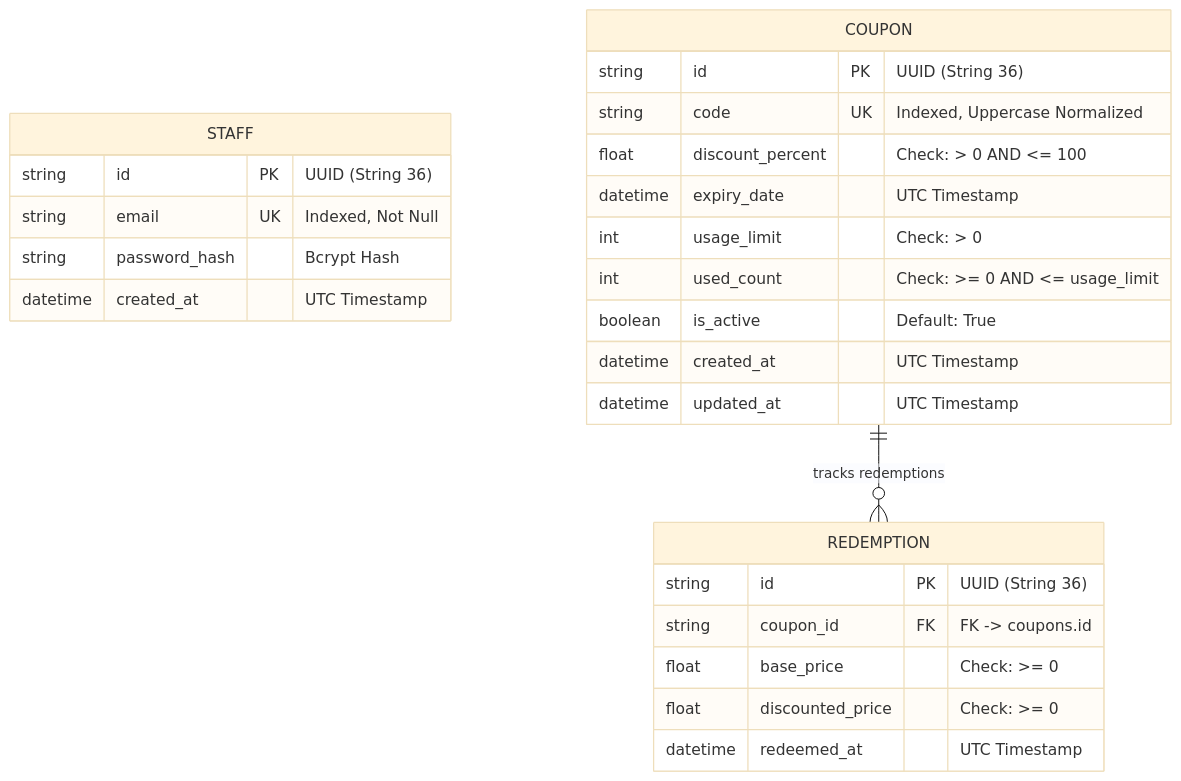
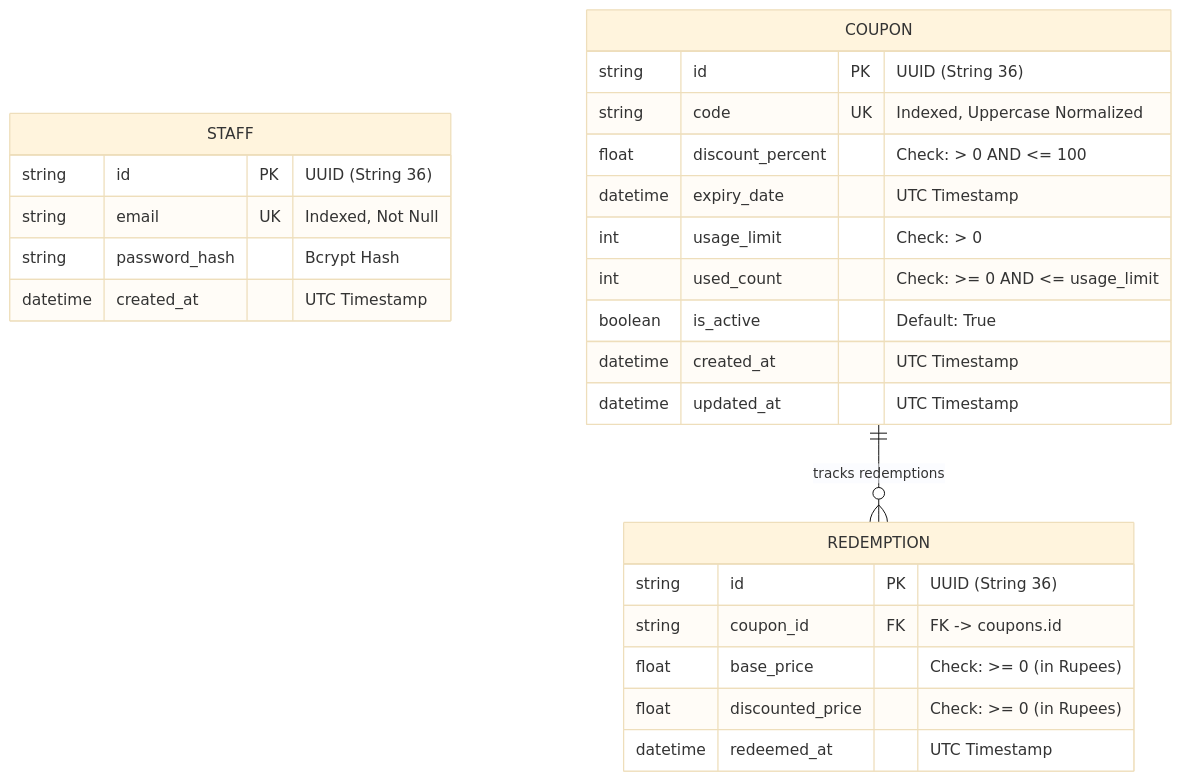
One commit to dharaniathananchayan/coupon-engine changed the diagram in README.md. Above: the diagram before and after it, drawn with Mermaid (base theme). The commit also changed other lines of this file and 15 other files, not shown here.

````diff
--- a/README.md
+++ b/README.md
@@ -32,31 +32,31 @@
 ```mermaid
 erDiagram
     STAFF {
         string id PK "UUID (String 36)"
         string email UK "Indexed, Not Null"
         string password_hash "Bcrypt Hash"
         datetime created_at "UTC Timestamp"
     }
 
     COUPON {
         string id PK "UUID (String 36)"
         string code UK "Indexed, Uppercase Normalized"
         float discount_percent "Check: > 0 AND <= 100"
         datetime expiry_date "UTC Timestamp"
         int usage_limit "Check: > 0"
         int used_count "Check: >= 0 AND <= usage_limit"
         boolean is_active "Default: True"
         datetime created_at "UTC Timestamp"
         datetime updated_at "UTC Timestamp"
     }
 
     REDEMPTION {
         string id PK "UUID (String 36)"
         string coupon_id FK "FK -> coupons.id"
-        float base_price "Check: >= 0"
-        float discounted_price "Check: >= 0"
+        float base_price "Check: >= 0 (in Rupees)"
+        float discounted_price "Check: >= 0 (in Rupees)"
         datetime redeemed_at "UTC Timestamp"
     }
 
     COUPON ||--o{ REDEMPTION : "tracks redemptions"
 ```
````
